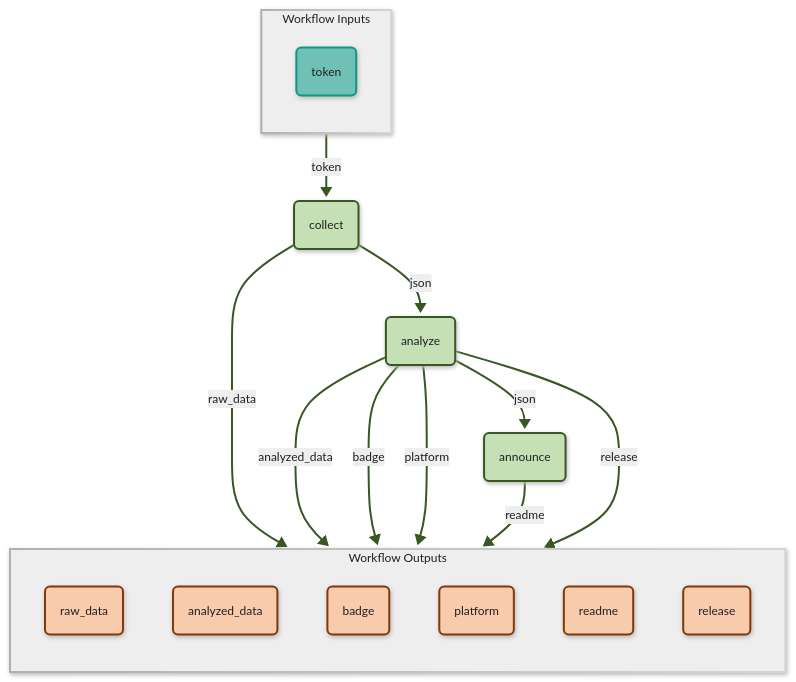
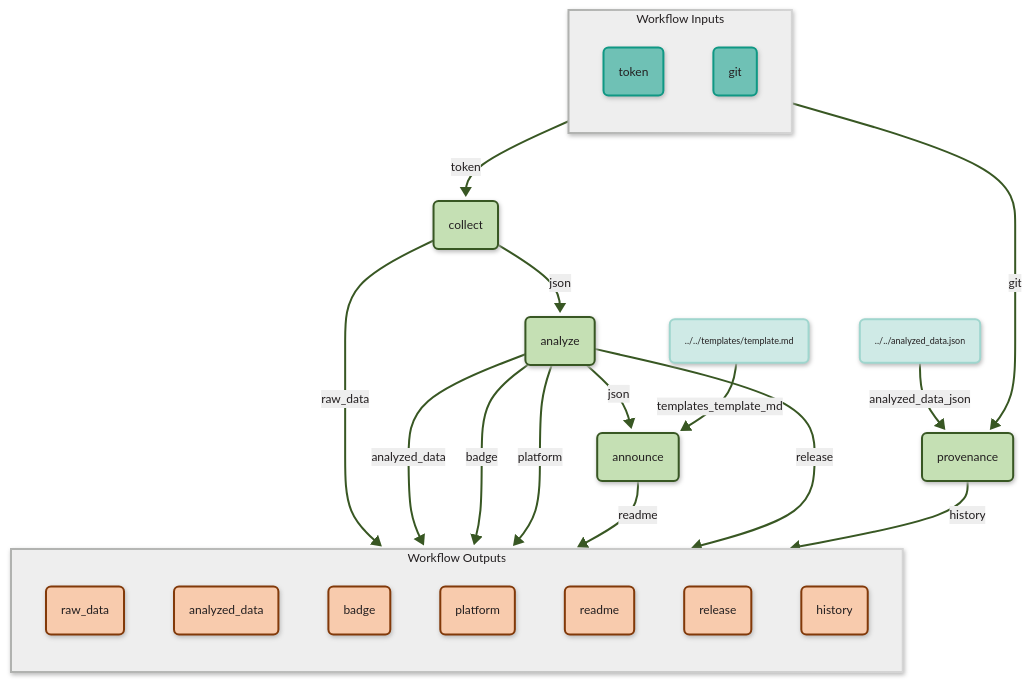
Before and after one commit to fairagro/m4.4_metrics: the diagram in templates/template.md, drawn with Mermaid.

Commit message:
updated diagram

````diff
--- a/templates/template.md
+++ b/templates/template.md
@@ -65,54 +65,68 @@
 ```mermaid
 ---
 config:
   theme: base
   look: neo
   themeVariables:
     primaryColor: '#C5E0B4'
     primaryTextColor: '#231f20'
     secondaryColor: '#EEEEEE'
     lineColor: '#385723'    
     fontSize: 12px
     tertiaryTextColor: '#231f20'
     fontFamily: 'Fira Sans, trebuchet ms, verdana, arial'
 ---
 flowchart TB
   linkStyle default stroke:#385723,stroke-width: 2px;
   subgraph inputs[Workflow Inputs]
     direction TB
     token(token)
+    git(git)
   end
   subgraph outputs[Workflow Outputs]
     direction TB
     raw_data(raw_data)
     analyzed_data(analyzed_data)
     badge(badge)
     platform(platform)
     readme(readme)
     release(release)
+    history(history)
   end
     collect(collect)
   token --> |token|collect
     analyze(analyze)
   collect --> |json|analyze
     announce(announce)
   analyze --> |json|announce
+    announce_templates_template_md(../../templates/template.md)
+  announce_templates_template_md --> |templates_template_md|announce
+    provenance(provenance)
+  git --> |git|provenance
+    provenance_analyzed_data_json(../../analyzed_data.json)
+  provenance_analyzed_data_json --> |analyzed_data_json|provenance
   collect --> |raw_data|raw_data
   analyze --> |analyzed_data|analyzed_data
   analyze --> |badge|badge
   analyze --> |platform|platform
   announce --> |readme|readme
   analyze --> |release|release
+  provenance --> |history|history
   style inputs fill:#EEEEEE,stroke-width:2px;
   style token stroke:#0f9884,fill:#6FC1B5,stroke-width:2px;
+  style git stroke:#0f9884,fill:#6FC1B5,stroke-width:2px;
   style outputs fill:#EEEEEE,stroke-width:2px;
   style raw_data stroke:#823909,fill:#F8CBAD,stroke-width:2px;
   style analyzed_data stroke:#823909,fill:#F8CBAD,stroke-width:2px;
   style badge stroke:#823909,fill:#F8CBAD,stroke-width:2px;
   style platform stroke:#823909,fill:#F8CBAD,stroke-width:2px;
   style readme stroke:#823909,fill:#F8CBAD,stroke-width:2px;
   style release stroke:#823909,fill:#F8CBAD,stroke-width:2px;
+  style history stroke:#823909,fill:#F8CBAD,stroke-width:2px;
   style collect stroke:#385723,stroke-width:2px;
   style analyze stroke:#385723,stroke-width:2px;
   style announce stroke:#385723,stroke-width:2px;
+  style announce_templates_template_md font-size:9px,fill:#cfeae6, stroke:#9FD6CE,stroke-width:2px;
+  style provenance stroke:#385723,stroke-width:2px;
+  style provenance_analyzed_data_json font-size:9px,fill:#cfeae6, stroke:#9FD6CE,stroke-width:2px;
 ```
````
